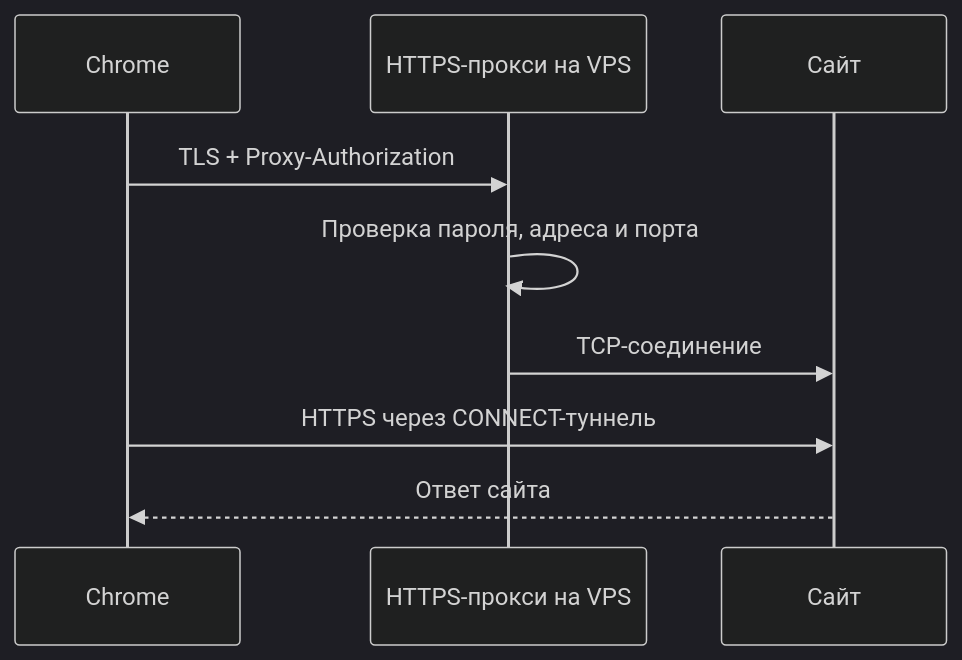
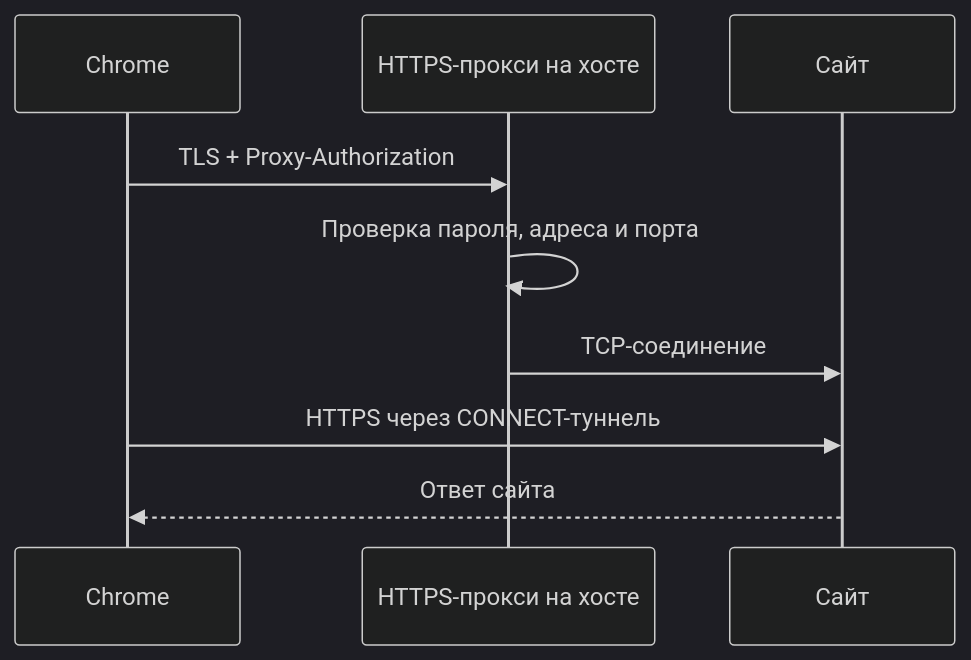
The diagram in docs/architecture.md (coffegorio/self-hosted-browser-vpn), drawn with Mermaid (dark theme) before and after one commit. The commit also changed other lines of this file and 16 other files, not shown here.

````diff
--- a/docs/architecture.md
+++ b/docs/architecture.md
@@ -5,11 +5,11 @@
 ```mermaid
 sequenceDiagram
     participant C as Chrome
-    participant P as HTTPS-прокси на VPS
+    participant P as HTTPS-прокси на хосте
     participant S as Сайт
     C->>P: TLS + Proxy-Authorization
     P->>P: Проверка пароля, адреса и порта
     P->>S: TCP-соединение
     C->>S: HTTPS через CONNECT-туннель
     S-->>C: Ответ сайта
 ```
````
